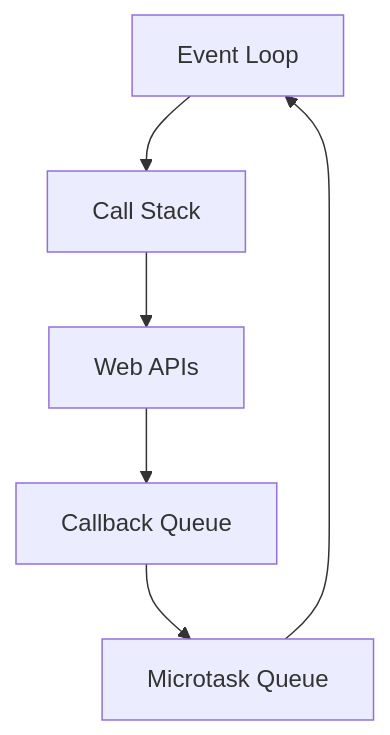
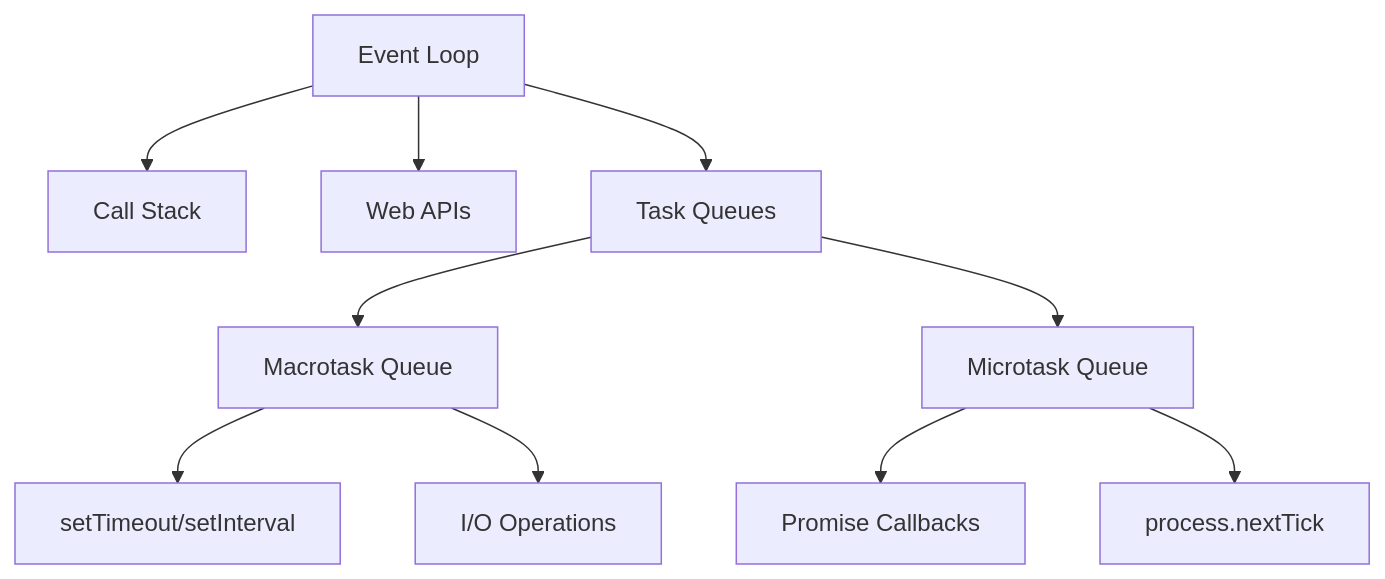
The diagram in apps/fe-docs/pages/interview/javascript/5-async-programming.mdx (KRISACHAN/ying-web), drawn with Mermaid before and after one commit. The commit also changed other lines of this file and 13 other files, not shown here.

````diff
--- a/apps/fe-docs/pages/interview/javascript/5-async-programming.mdx
+++ b/apps/fe-docs/pages/interview/javascript/5-async-programming.mdx
@@ -115,8 +9,12 @@
 ```mermaid
 graph TD
     A[Event Loop] --> B[Call Stack]
-    B --> C[Web APIs]
-    C --> D[Callback Queue]
-    D --> E[Microtask Queue]
-    E --> A
+    A --> C[Web APIs]
+    A --> D[Task Queues]
+    D --> E[Macrotask Queue]
+    D --> F[Microtask Queue]
+    E --> G[setTimeout/setInterval]
+    E --> H[I/O Operations]
+    F --> I[Promise Callbacks]
+    F --> J[process.nextTick]
 ```
````
